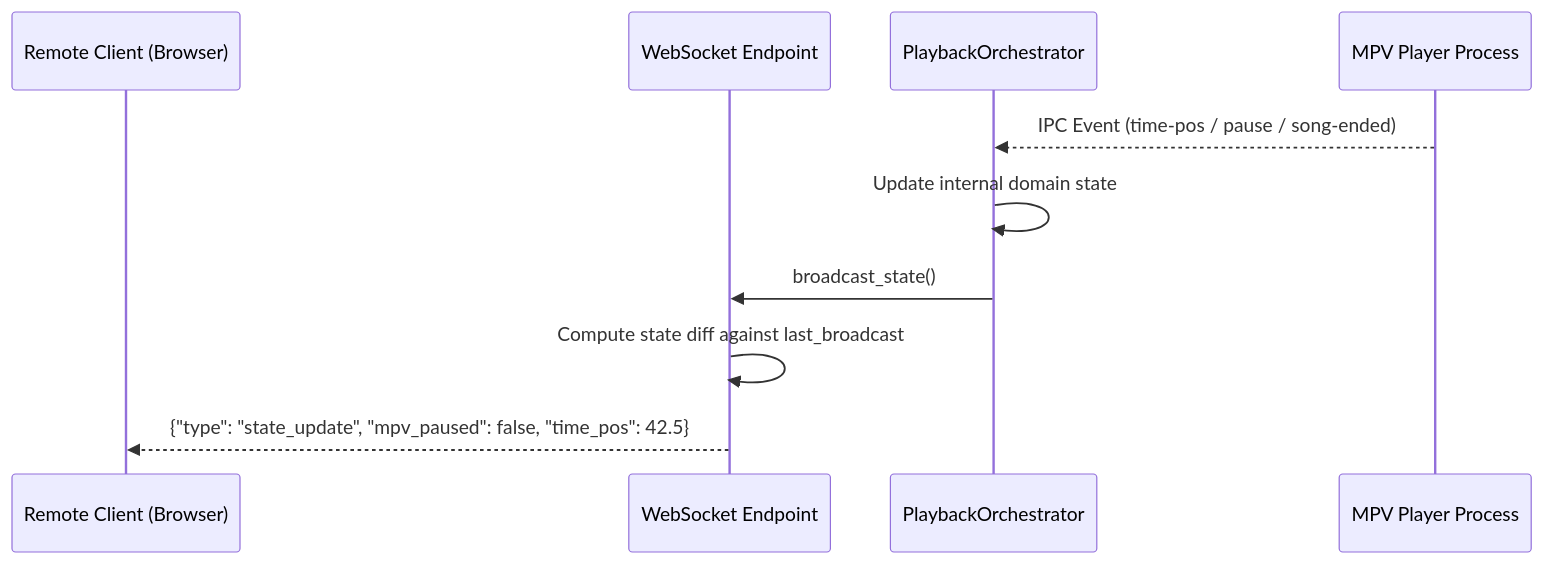
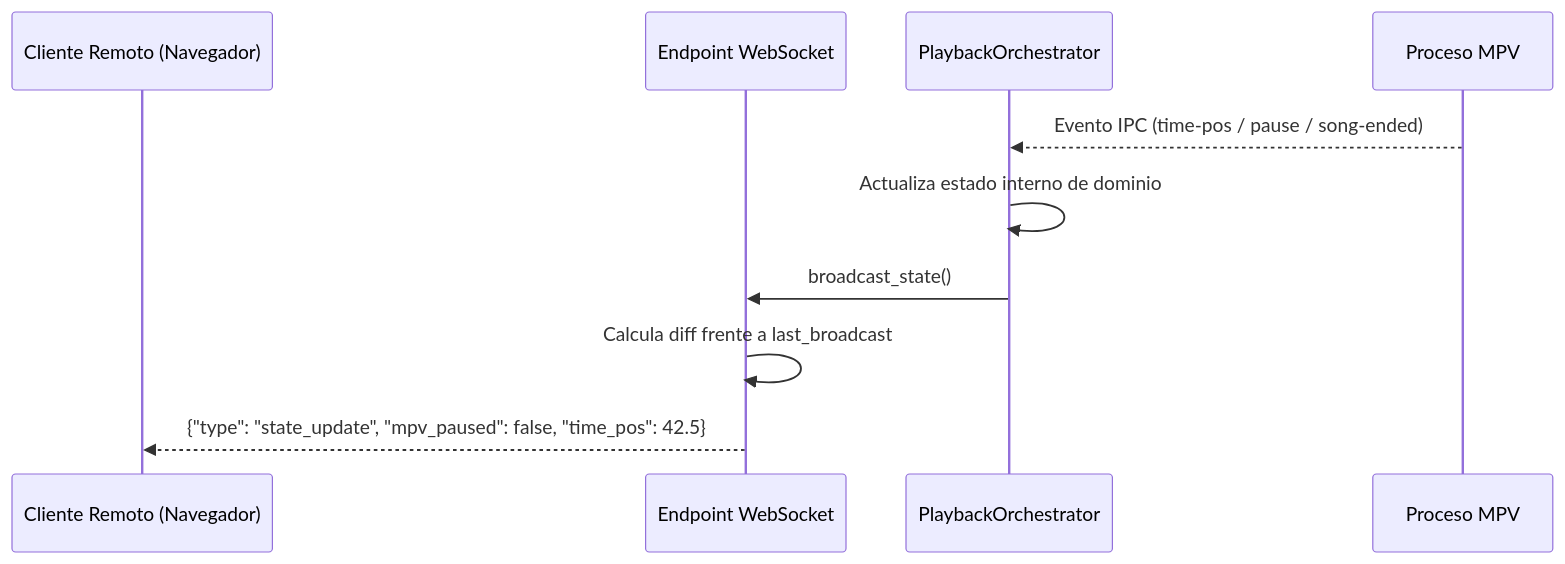
One commit to keze87/La-Rockola changed the first of 2 diagrams in docs/ARCHITECTURE.md. Above: the diagram before and after it, drawn with Mermaid. The commit also changed other lines of this file and 2 other files, not shown here.

````diff
--- a/docs/ARCHITECTURE.md
+++ b/docs/ARCHITECTURE.md
@@ -196,13 +199,13 @@
 ```mermaid
 sequenceDiagram
-    participant User as Remote Client (Browser)
-    participant WS as WebSocket Endpoint
+    participant Usuario as Cliente Remoto (Navegador)
+    participant WS as Endpoint WebSocket
     participant Orch as PlaybackOrchestrator
-    participant MPV as MPV Player Process
+    participant MPV as Proceso MPV
 
-    MPV-->>Orch: IPC Event (time-pos / pause / song-ended)
-    Orch->>Orch: Update internal domain state
+    MPV-->>Orch: Evento IPC (time-pos / pause / song-ended)
+    Orch->>Orch: Actualiza estado interno de dominio
     Orch->>WS: broadcast_state()
-    WS->>WS: Compute state diff against last_broadcast
-    WS-->>User: {"type": "state_update", "mpv_paused": false, "time_pos": 42.5}
+    WS->>WS: Calcula diff frente a last_broadcast
+    WS-->>Usuario: {"type": "state_update", "mpv_paused": false, "time_pos": 42.5}
 ```
````
